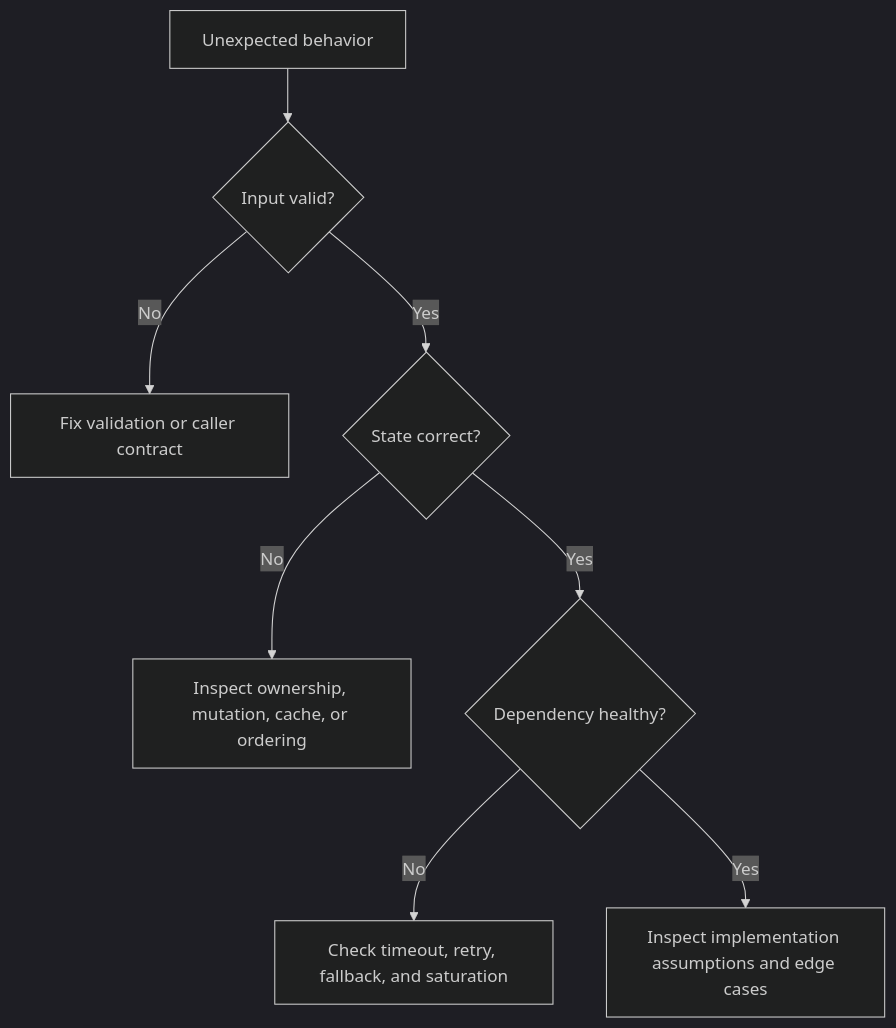
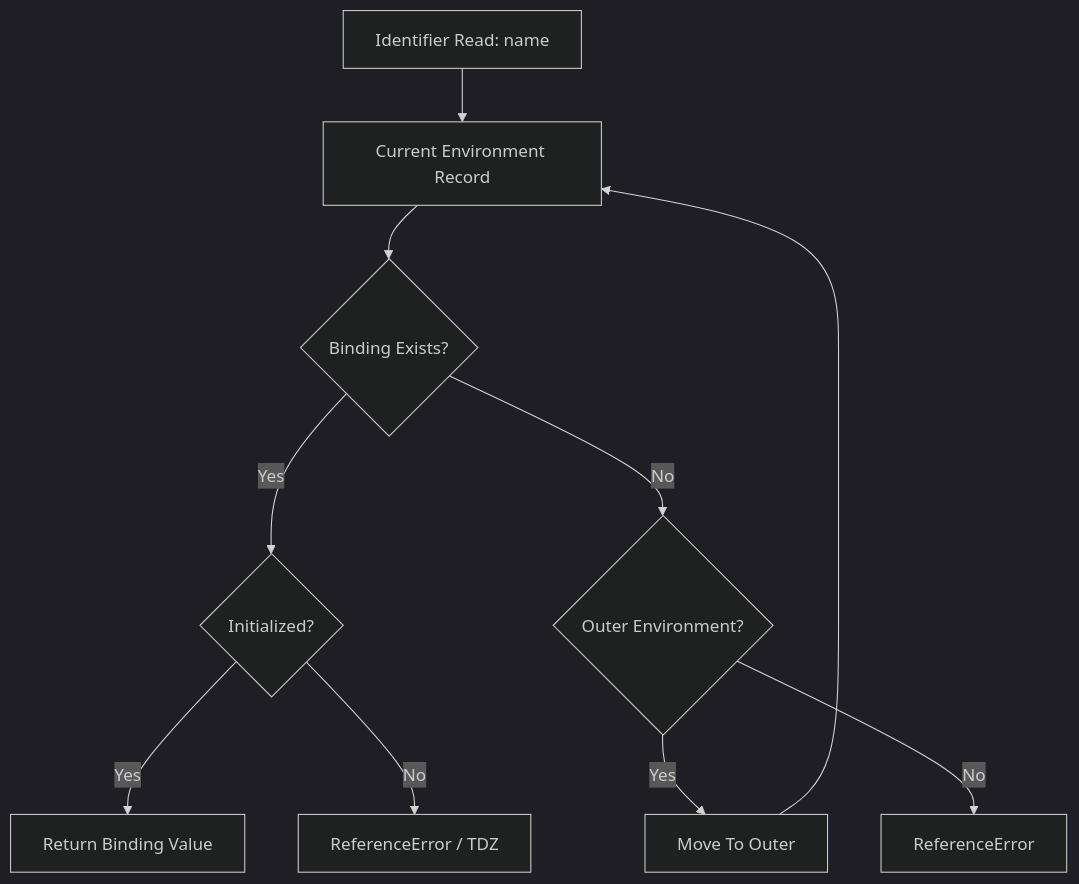
The first of 4 diagrams in 002. JavaScript Internals/002.02 Runtime Semantics/002.02.02 Lexical Environments/README.md (AjayPrajapat/Interview), drawn with Mermaid (dark theme) before and after one commit. The commit also changed other lines of this file and 3 other files, not shown here.

````diff
--- a/002. JavaScript Internals/002.02 Runtime Semantics/002.02.02 Lexical Environments/README.md
+++ b/002. JavaScript Internals/002.02 Runtime Semantics/002.02.02 Lexical Environments/README.md
@@ -465,10 +181,12 @@
 ```mermaid
 flowchart TD
-  A[Unexpected behavior] --> B{Input valid?}
-  B -->|No| C[Fix validation or caller contract]
-  B -->|Yes| D{State correct?}
-  D -->|No| E[Inspect ownership, mutation, cache, or ordering]
-  D -->|Yes| F{Dependency healthy?}
-  F -->|No| G[Check timeout, retry, fallback, and saturation]
-  F -->|Yes| H[Inspect implementation assumptions and edge cases]
+  A["Identifier Read: name"] --> B["Current Environment Record"]
+  B --> C{"Binding Exists?"}
+  C -->|Yes| D{"Initialized?"}
+  D -->|Yes| E["Return Binding Value"]
+  D -->|No| F["ReferenceError / TDZ"]
+  C -->|No| G{"Outer Environment?"}
+  G -->|Yes| H["Move To Outer"]
+  H --> B
+  G -->|No| I["ReferenceError"]
 ```
````
